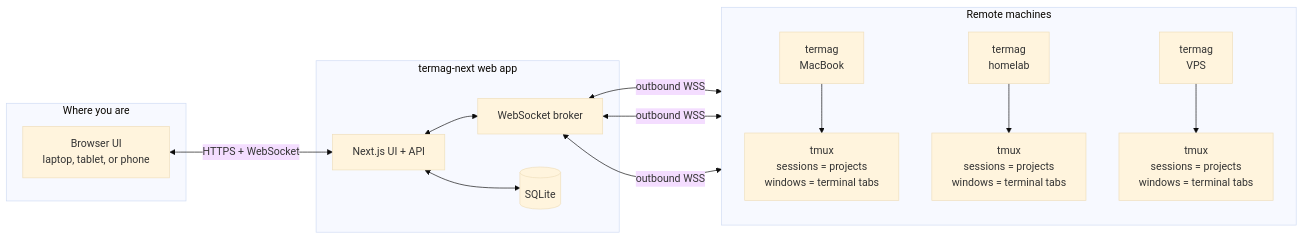
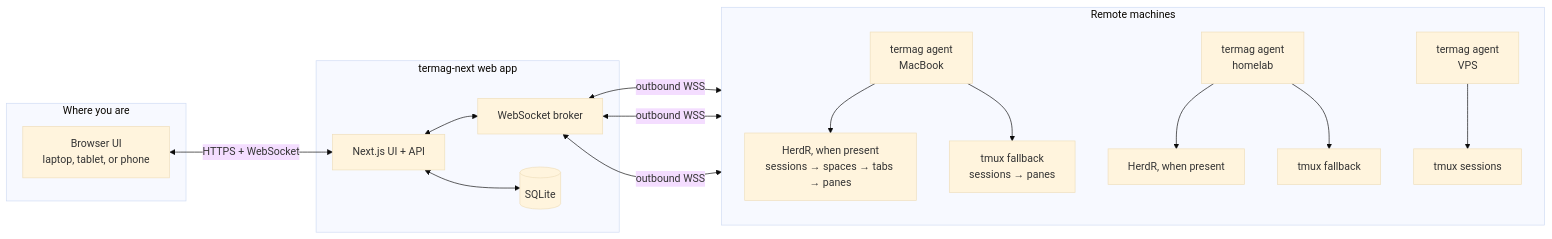
One commit to yeutterg/termag changed the first of 2 diagrams in README.md. Above: the diagram before and after it, drawn with Mermaid (base theme). The commit also changed other lines of this file and 27 other files, not shown here.

Commit message:
feat: mirror HerdR and tmux runtimes

````diff
--- a/README.md
+++ b/README.md
@@ -13,26 +13,28 @@
 ```mermaid
 flowchart LR
   subgraph Client["Where you are"]
     Browser["Browser UI<br/>laptop, tablet, or phone"]
   end
 
   subgraph Web["termag-next web app"]
     Next["Next.js UI + API"]
     Broker["WebSocket broker"]
     DB[("SQLite")]
     Next <--> Broker
     Next <--> DB
   end
 
   subgraph Machines["Remote machines"]
     direction TB
-    AgentA["termag<br/>MacBook"] --> TmuxA["tmux<br/>sessions = projects<br/>windows = terminal tabs"]
-    AgentB["termag<br/>homelab"] --> TmuxB["tmux<br/>sessions = projects<br/>windows = terminal tabs"]
-    AgentC["termag<br/>VPS"] --> TmuxC["tmux<br/>sessions = projects<br/>windows = terminal tabs"]
+    AgentA["termag agent<br/>MacBook"] --> HerdRA["HerdR, when present<br/>sessions → spaces → tabs → panes"]
+    AgentA --> TmuxA["tmux fallback<br/>sessions → panes"]
+    AgentB["termag agent<br/>homelab"] --> HerdRB["HerdR, when present"]
+    AgentB --> TmuxB["tmux fallback"]
+    AgentC["termag agent<br/>VPS"] --> TmuxC["tmux sessions"]
   end
 
   Browser <-->|HTTPS + WebSocket| Next
   Broker <-->|outbound WSS| AgentA
   Broker <-->|outbound WSS| AgentB
   Broker <-->|outbound WSS| AgentC
 ```
````
